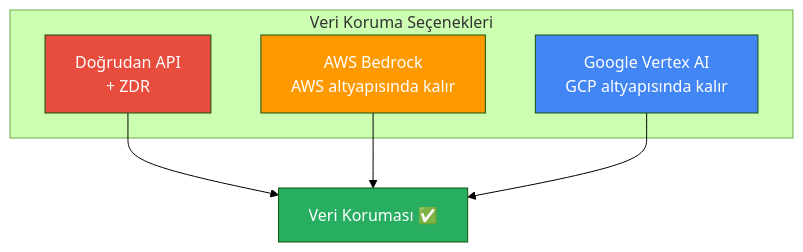
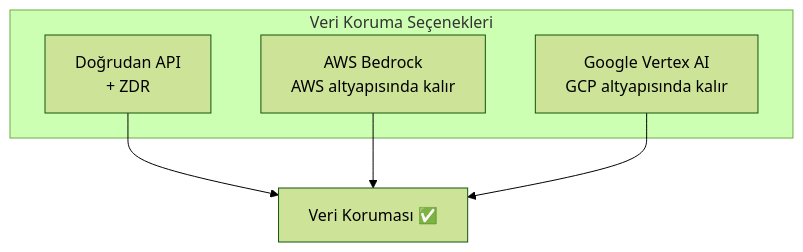
The sixth of 6 diagrams in 18-kurumsal-kullanim/08-veri-guvenligi-ve-zdr.md (IzzetYasinAtes/ClaudeCodeHandbook), drawn with Mermaid (forest theme) before and after one commit. The commit also changed other lines of this file and 97 other files, not shown here.

Commit message:
Remove all custom Mermaid style/fill colors from 98 markdown files for consistent dark theme rendering

````diff
--- a/18-kurumsal-kullanim/08-veri-guvenligi-ve-zdr.md
+++ b/18-kurumsal-kullanim/08-veri-guvenligi-ve-zdr.md
@@ -247,17 +227,13 @@
 ```mermaid
 flowchart TD
     subgraph options ["Veri Koruma Seçenekleri"]
         DIRECT["Doğrudan API<br/>+ ZDR"]
         BEDROCK["AWS Bedrock<br/>AWS altyapısında kalır"]
         VERTEX["Google Vertex AI<br/>GCP altyapısında kalır"]
     end
 
     DIRECT --> PROTECTION["Veri Koruması ✅"]
     BEDROCK --> PROTECTION
     VERTEX --> PROTECTION
 
-    style DIRECT fill:#E74C3C,color:#fff
-    style BEDROCK fill:#FF9900,color:#fff
-    style VERTEX fill:#4285F4,color:#fff
-    style PROTECTION fill:#27AE60,color:#fff
 ```
````
